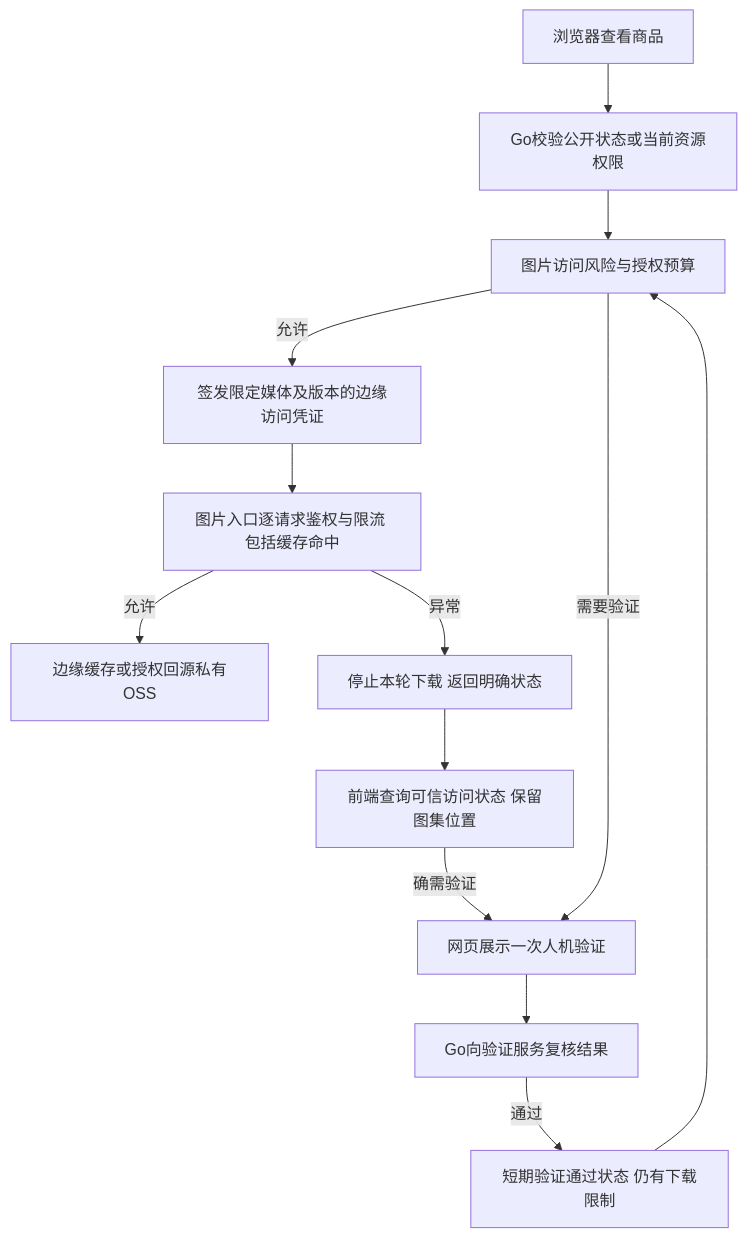
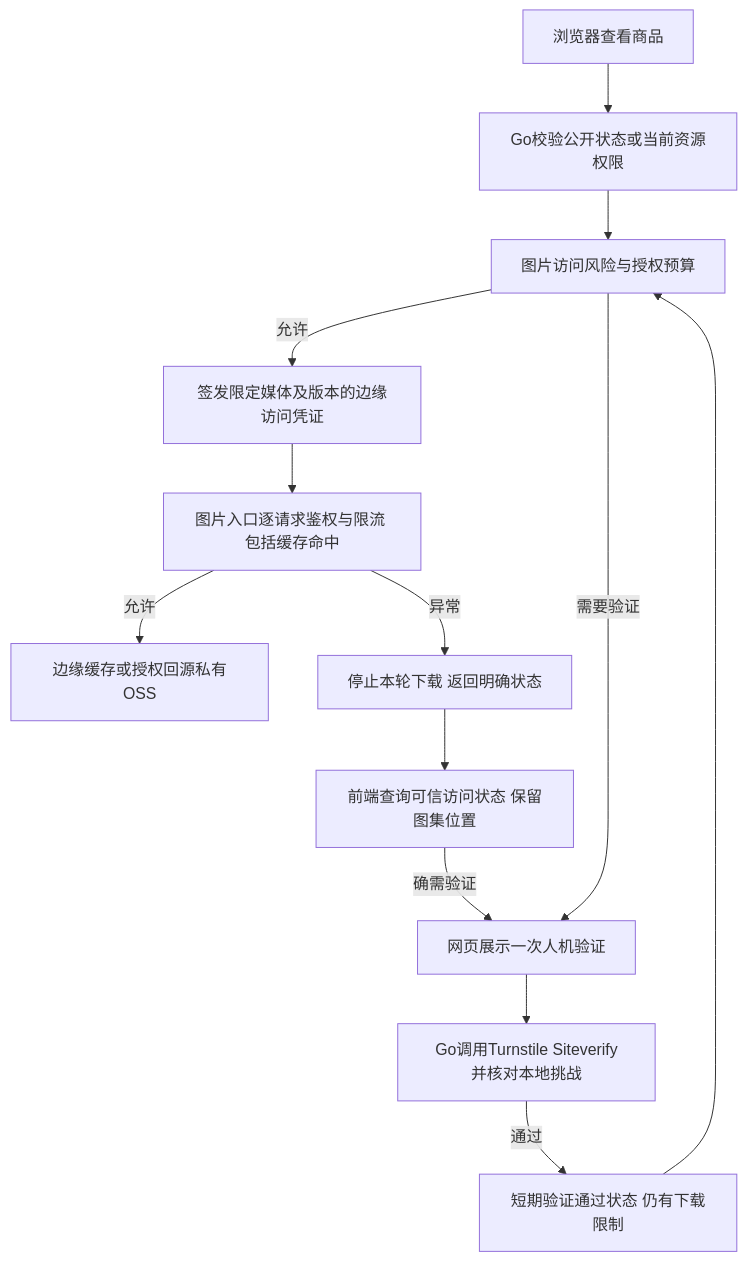
One commit to ZhaoZan010903/QingYeGame changed the diagram in 文档/计划/SECURITY-R20-1--图片防刷与验证加固计划.md. Above: the diagram before and after it, drawn with Mermaid. The commit also changed other lines of this file and 6 other files, not shown here.

Commit message:
docs: 确认 R20-1 Turnstile 选型与图片防护边界

````diff
--- a/文档/计划/SECURITY-R20-1--图片防刷与验证加固计划.md
+++ b/文档/计划/SECURITY-R20-1--图片防刷与验证加固计划.md
@@ -29,15 +37,15 @@
 ```mermaid
 flowchart TD
     B[浏览器查看商品] --> G[Go校验公开状态或当前资源权限]
     G --> R[图片访问风险与授权预算]
     R -->|允许| T[签发限定媒体及版本的边缘访问凭证]
     R -->|需要验证| C[网页展示一次人机验证]
-    C --> V[Go向验证服务复核结果]
+    C --> V[Go调用Turnstile Siteverify并核对本地挑战]
     V -->|通过| P[短期验证通过状态 仍有下载限制]
     P --> R
     T --> E[图片入口逐请求鉴权与限流 包括缓存命中]
     E -->|允许| I[边缘缓存或授权回源私有OSS]
     E -->|异常| D[停止本轮下载 返回明确状态]
     D --> S[前端查询可信访问状态 保留图集位置]
     S -->|确需验证| C
 ```
````
